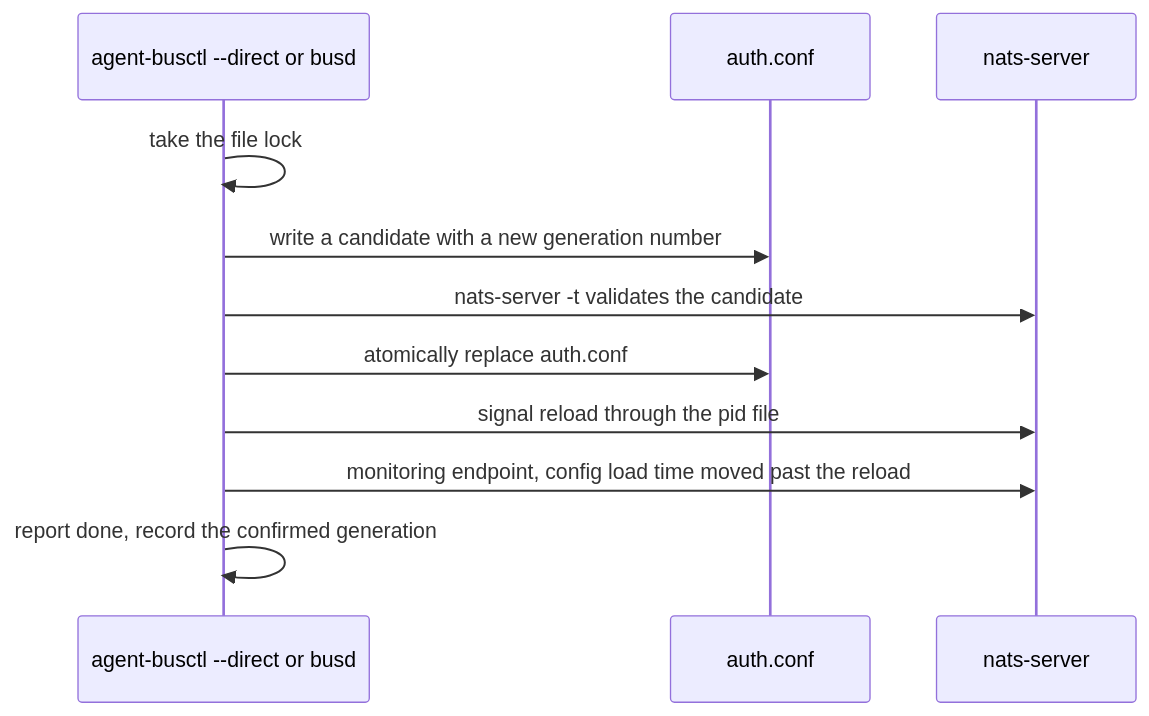
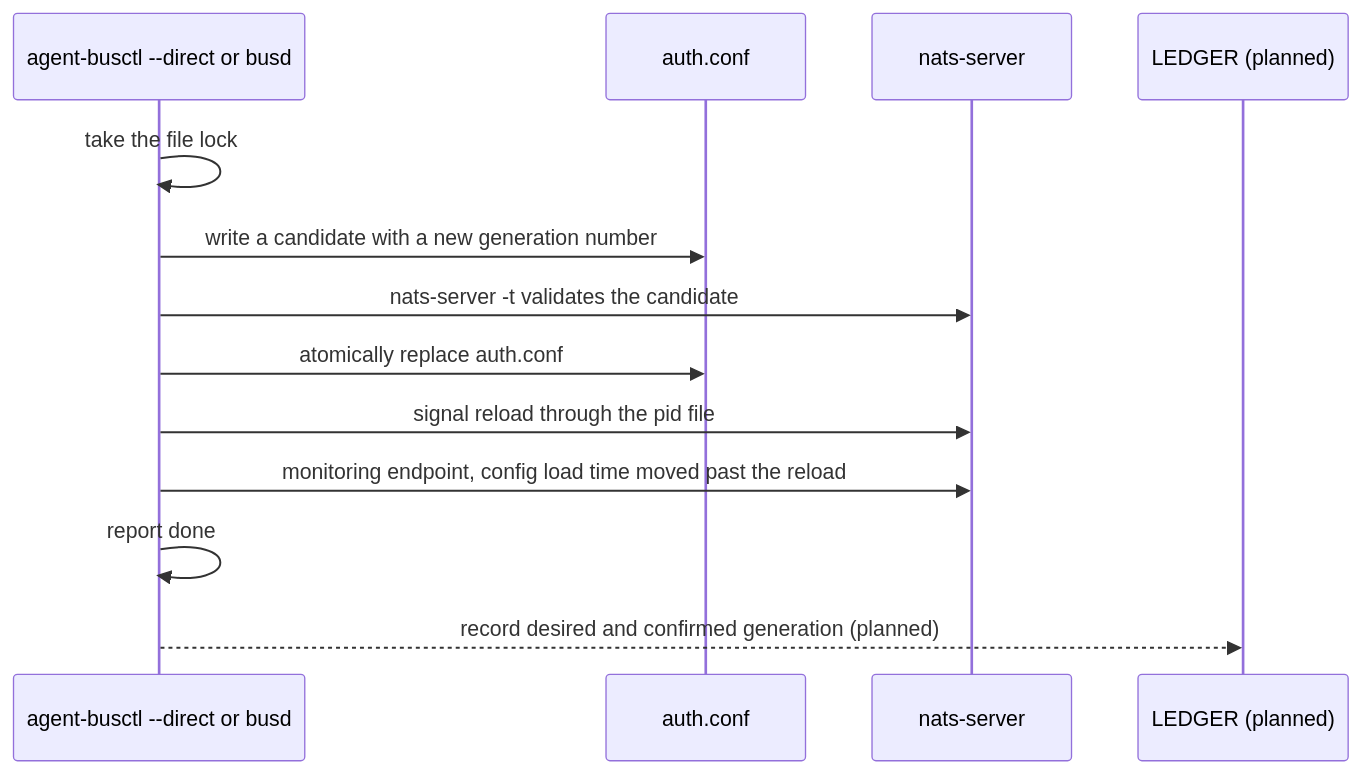
The second of 2 diagrams in docs/design/operations.md (gentoomaniac/agent-bus), drawn with Mermaid before and after one commit. The commit also changed other lines of this file, not shown here.

First line of the commit message:
docs(design): operations reload as numbered steps, ledger generations marked planned, one deployment section

````diff
--- a/docs/design/operations.md
+++ b/docs/design/operations.md
@@ -63,13 +76,15 @@
 ```mermaid
 sequenceDiagram
   participant Op as agent-busctl --direct or busd
   participant Conf as auth.conf
   participant Server as nats-server
+  participant Ledger as LEDGER (planned)
   Op->>Op: take the file lock
   Op->>Conf: write a candidate with a new generation number
   Op->>Server: nats-server -t validates the candidate
   Op->>Conf: atomically replace auth.conf
   Op->>Server: signal reload through the pid file
   Op->>Server: monitoring endpoint, config load time moved past the reload
-  Op->>Op: report done, record the confirmed generation
+  Op->>Op: report done
+  Op-->>Ledger: record desired and confirmed generation (planned)
 ```
````
